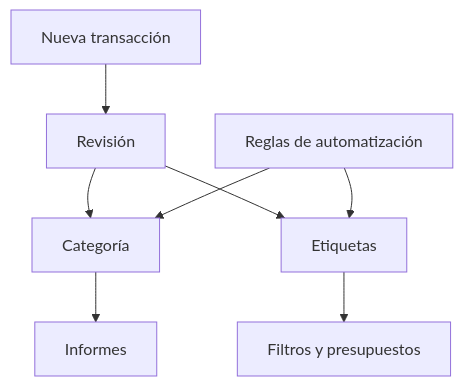
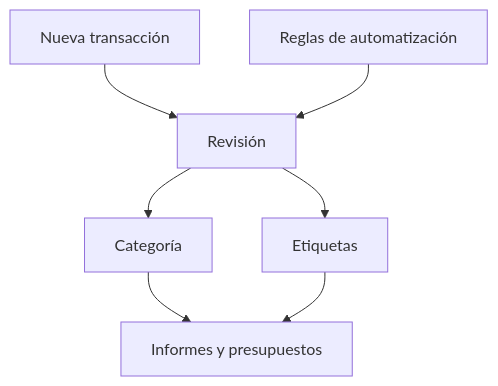
Before and after one commit to whisper-money/whisper-money: the diagram in resources/docs/documentation/20-your-data/20-transactions-es.md, drawn with Mermaid. The commit also changed 36 other files, not shown here.

````diff
--- a/resources/docs/documentation/20-your-data/20-transactions-es.md
+++ b/resources/docs/documentation/20-your-data/20-transactions-es.md
@@ -17,10 +17,10 @@
 ```mermaid
 flowchart TD
+    %% diagram: transaction-flow-es
     new[Nueva transacción] --> review[Revisión]
     review --> category[Categoría]
     review --> labels[Etiquetas]
-    category --> reports[Informes]
-    labels --> filters[Filtros y presupuestos]
-    rules[Reglas de automatización] --> category
-    rules --> labels
+    category --> reports[Informes y presupuestos]
+    labels --> reports
+    rules[Reglas de automatización] --> review
 ```
````
